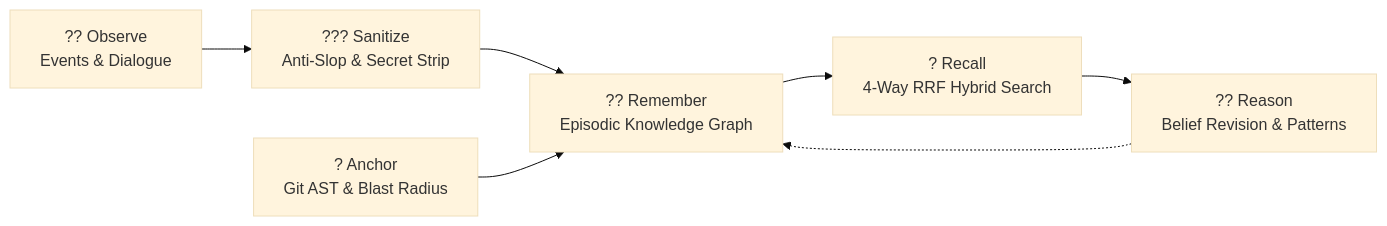
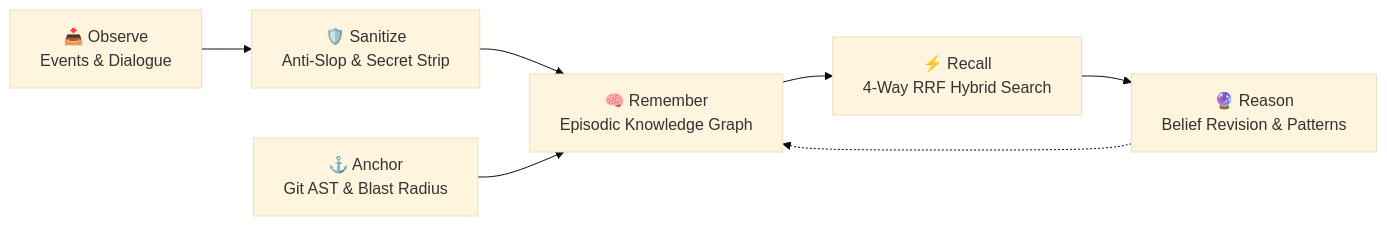
One commit to lhermawan/memoriagraph changed the first of 2 diagrams in README.md. Above: the diagram before and after it, drawn with Mermaid (base theme). The commit also changed other lines of this file and 2 other files, not shown here.

````diff
--- a/README.md
+++ b/README.md
@@ -25,14 +25,14 @@
 ```mermaid
 flowchart LR
-    A["?? Observe<br/>Events & Dialogue"]
-    B["??? Sanitize<br/>Anti-Slop & Secret Strip"]
-    C["?? Remember<br/>Episodic Knowledge Graph"]
-    D["? Anchor<br/>Git AST & Blast Radius"]
-    E["? Recall<br/>4-Way RRF Hybrid Search"]
-    F["?? Reason<br/>Belief Revision & Patterns"]
+    A["📥 Observe<br/>Events & Dialogue"]
+    B["🛡️ Sanitize<br/>Anti-Slop & Secret Strip"]
+    C["🧠 Remember<br/>Episodic Knowledge Graph"]
+    D["⚓ Anchor<br/>Git AST & Blast Radius"]
+    E["⚡ Recall<br/>4-Way RRF Hybrid Search"]
+    F["🔮 Reason<br/>Belief Revision & Patterns"]
 
     A --> B --> C
     D --> C
     C --> E --> F
     F -.-> C
 ```
````
